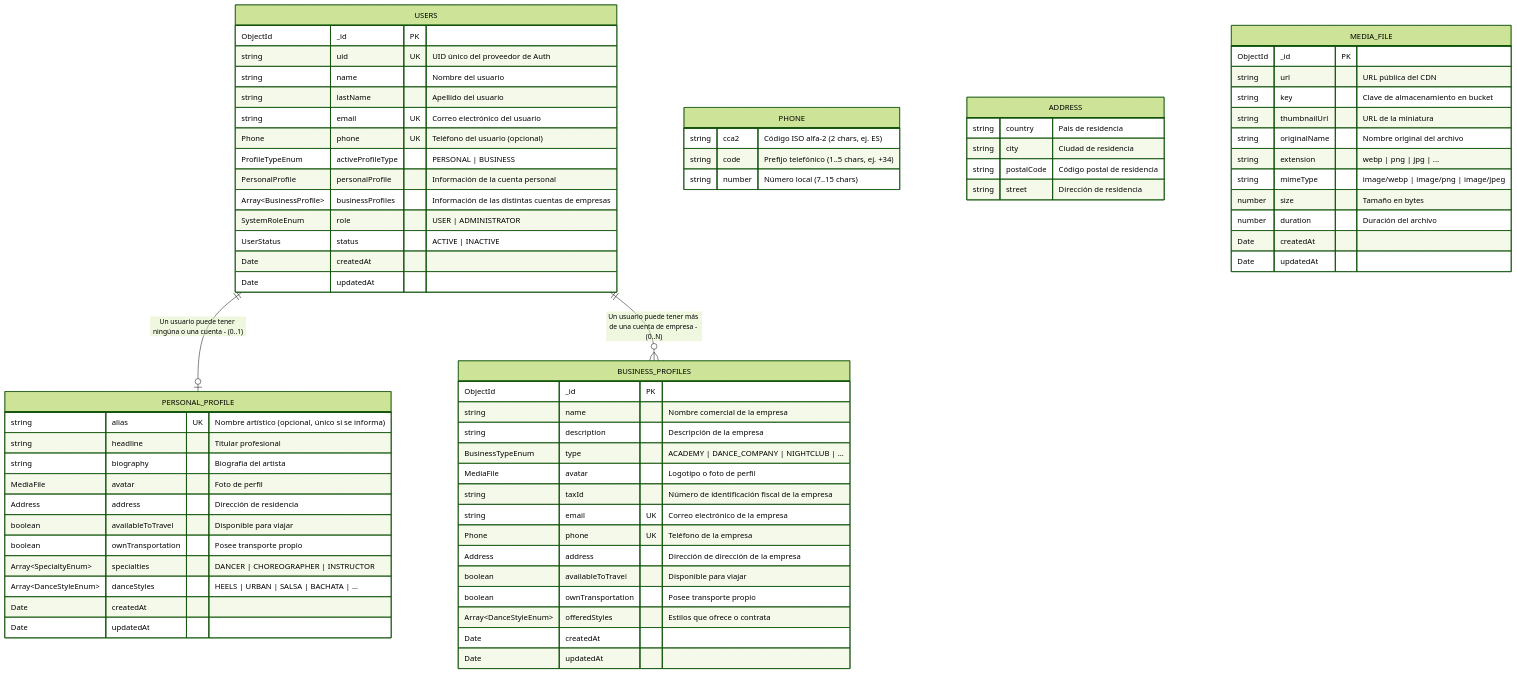
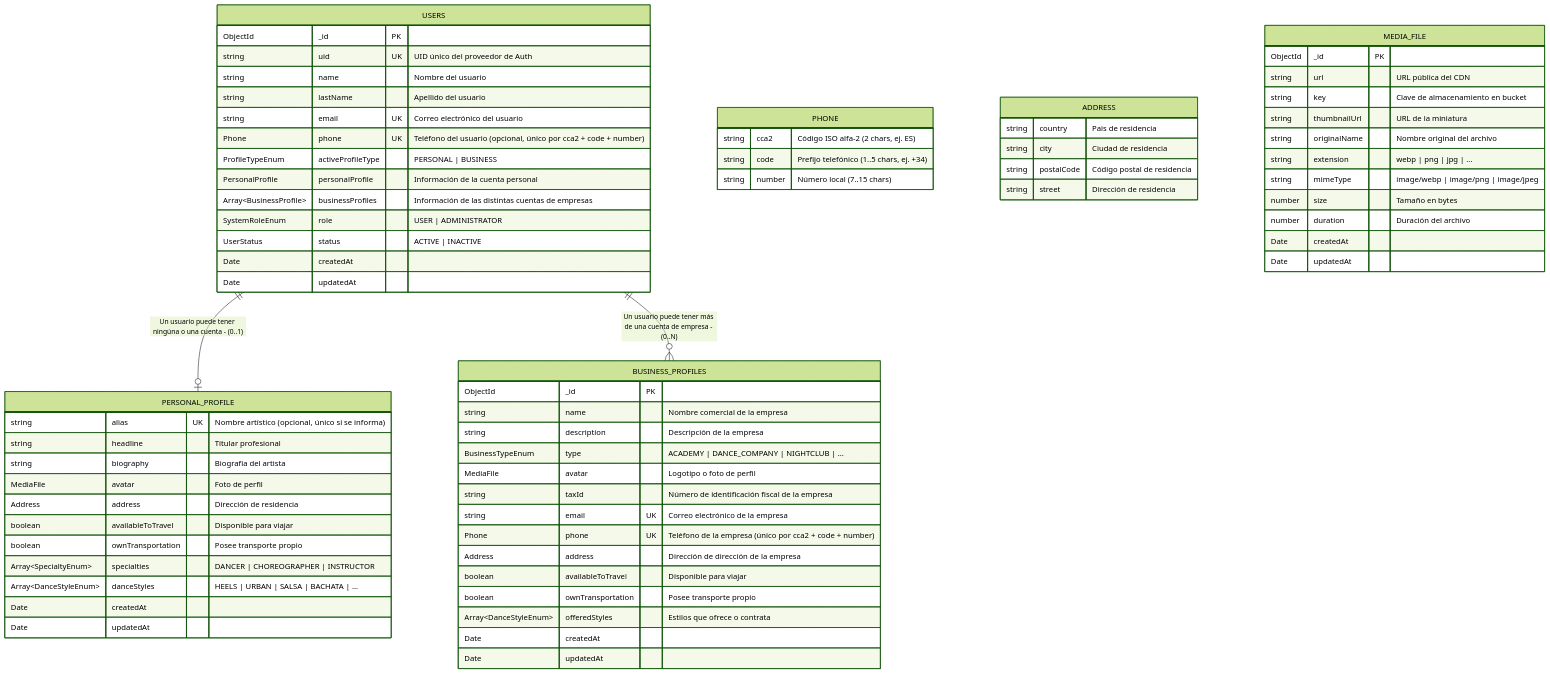
One commit to Joel287g/talent-hub changed the diagram in docs/architecture/entity-relationship-diagram.md. Above: the diagram before and after it, drawn with Mermaid (forest theme). The commit also changed 11 other files, not shown here.

```diff
--- a/docs/architecture/entity-relationship-diagram.md
+++ b/docs/architecture/entity-relationship-diagram.md
@@ -23,7 +23,7 @@
         string lastName "Apellido del usuario"
 
         string email UK "Correo electrónico del usuario"
-        Phone phone UK "Teléfono del usuario (opcional)"
+        Phone phone UK "Teléfono del usuario (opcional, único por cca2 + code + number)"
 
         ProfileTypeEnum activeProfileType "PERSONAL | BUSINESS"
 
@@ -65,7 +65,7 @@
         string taxId "Número de identificación fiscal de la empresa"
 
         string email UK "Correo electrónico de la empresa"
-        Phone phone UK "Teléfono de la empresa"
+        Phone phone UK "Teléfono de la empresa (único por cca2 + code + number)"
 
         Address address "Dirección de dirección de la empresa"
 
```
